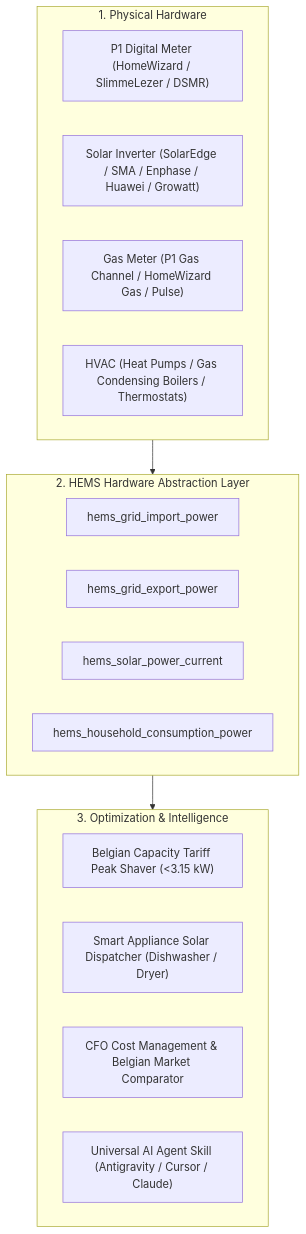
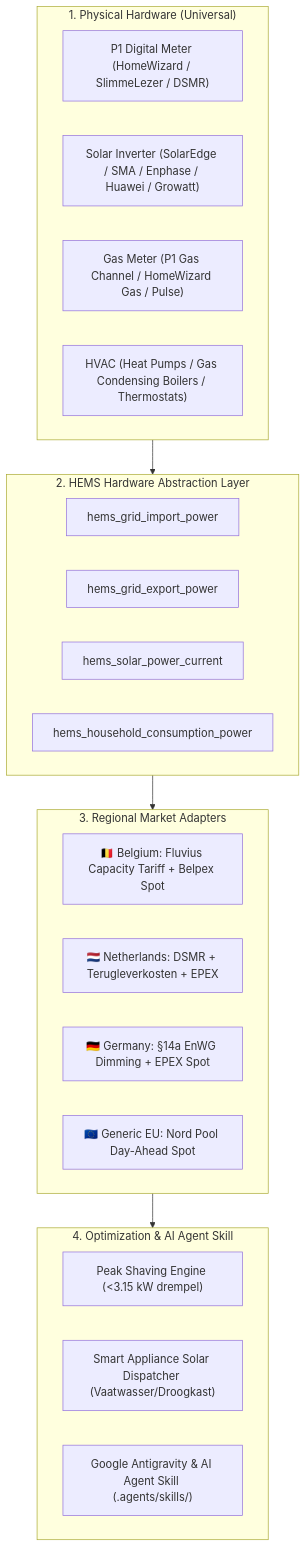
One commit to hems-lab/open-hems changed the diagram in README.md. Above: the diagram before and after it, drawn with Mermaid. The commit also changed other lines of this file and 2 other files, not shown here.

Commit message:
feat: add European Regional Market Adapters (BE, NL, DE, EU) to README and Agent Skill

````diff
--- a/README.md
+++ b/README.md
@@ -24,26 +37,33 @@
 ```mermaid
 flowchart TD
-    subgraph Hardware["1. Physical Hardware"]
+    subgraph Hardware["1. Physical Hardware (Universal)"]
         P1["P1 Digital Meter (HomeWizard / SlimmeLezer / DSMR)"]
         PV["Solar Inverter (SolarEdge / SMA / Enphase / Huawei / Growatt)"]
         GAS["Gas Meter (P1 Gas Channel / HomeWizard Gas / Pulse)"]
         CLIM["HVAC (Heat Pumps / Gas Condensing Boilers / Thermostats)"]
     end
 
     subgraph HAL["2. HEMS Hardware Abstraction Layer"]
         G_IMP["hems_grid_import_power"]
         G_EXP["hems_grid_export_power"]
         S_SOL["hems_solar_power_current"]
         C_HOU["hems_household_consumption_power"]
     end
 
-    subgraph Engine["3. Optimization & Intelligence"]
-        PEAK["Belgian Capacity Tariff Peak Shaver (<3.15 kW)"]
-        DISP["Smart Appliance Solar Dispatcher (Dishwasher / Dryer)"]
-        CFO["CFO Cost Management & Belgian Market Comparator"]
-        AI["Universal AI Agent Skill (Antigravity / Cursor / Claude)"]
+    subgraph Markets["3. Regional Market Adapters"]
+        BE["🇧🇪 Belgium: Fluvius Capacity Tariff + Belpex Spot"]
+        NL["🇳🇱 Netherlands: DSMR + Terugleverkosten + EPEX"]
+        DE["🇩🇪 Germany: §14a EnWG Dimming + EPEX Spot"]
+        EU["🇪🇺 Generic EU: Nord Pool Day-Ahead Spot"]
+    end
+
+    subgraph Engine["4. Optimization & AI Agent Skill"]
+        PEAK["Peak Shaving Engine (<3.15 kW drempel)"]
+        DISP["Smart Appliance Solar Dispatcher (Vaatwasser/Droogkast)"]
+        AI["Google Antigravity & AI Agent Skill (.agents/skills/)"]
     end
 
     Hardware --> HAL
-    HAL --> Engine
+    HAL --> Markets
+    Markets --> Engine
 ```
````
